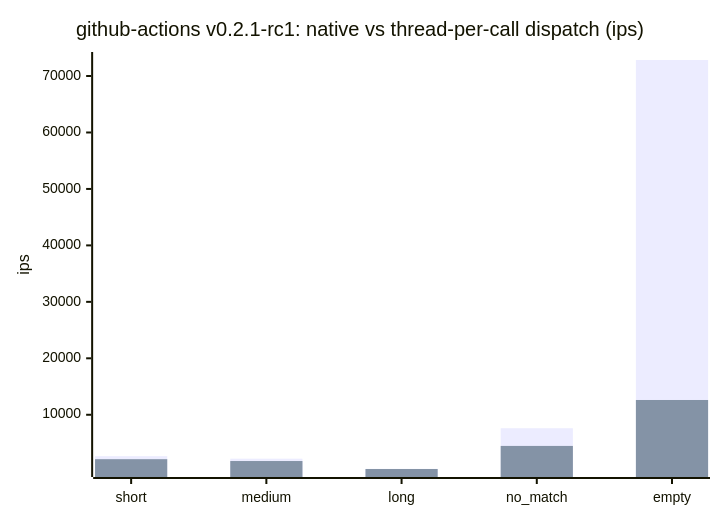
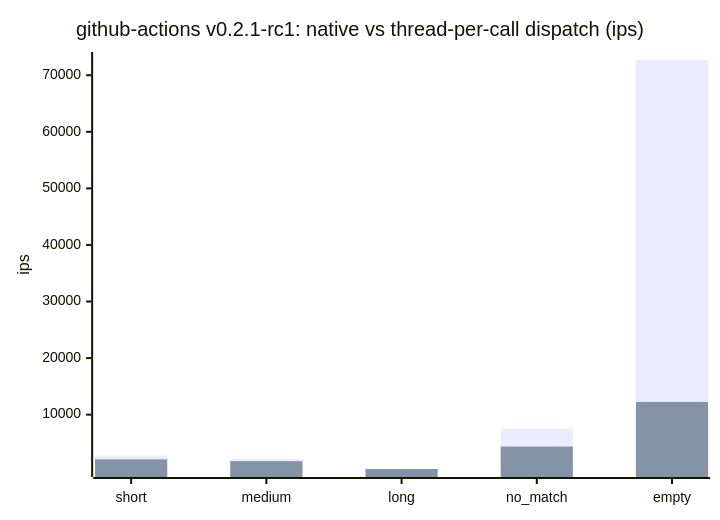
One commit to cpb/duckling changed the first of 5 diagrams in docs/benchmarks/README.md. Above: the diagram before and after it, drawn with Mermaid. The commit also changed other lines of this file and 1 other file, not shown here.

Commit message:
Record github-actions benchmark for PR #50 (post-#64 dispatch schema) [benchmark-record]

````diff
--- a/docs/benchmarks/README.md
+++ b/docs/benchmarks/README.md
@@ -50,8 +50,8 @@
 ```mermaid
 xychart-beta
     title "github-actions v0.2.1-rc1: native vs thread-per-call dispatch (ips)"
     x-axis [short, medium, long, no_match, empty]
     y-axis "ips"
-    bar "native" [2662.2, 2216.9, 419.1, 7614.2, 72838.8]
-    bar "thread-per-call" [2130.8, 1804.9, 392.7, 4480.0, 12615.7]
+    bar "native" [2757.4, 2217.3, 418.3, 7549.9, 72694.0]
+    bar "thread-per-call" [2096.8, 1775.4, 391.8, 4353.6, 12243.5]
 ```
````
